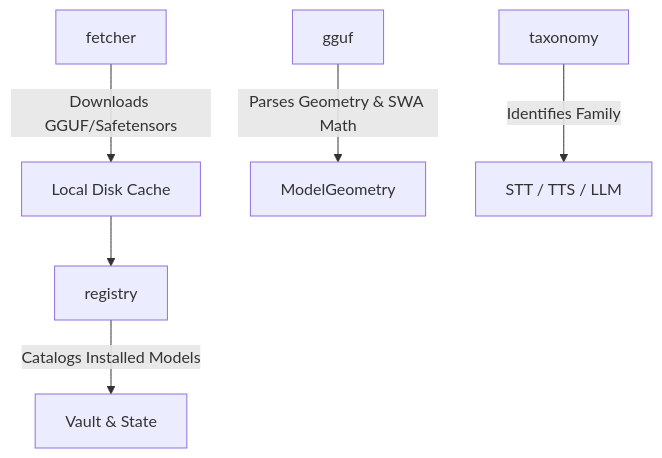
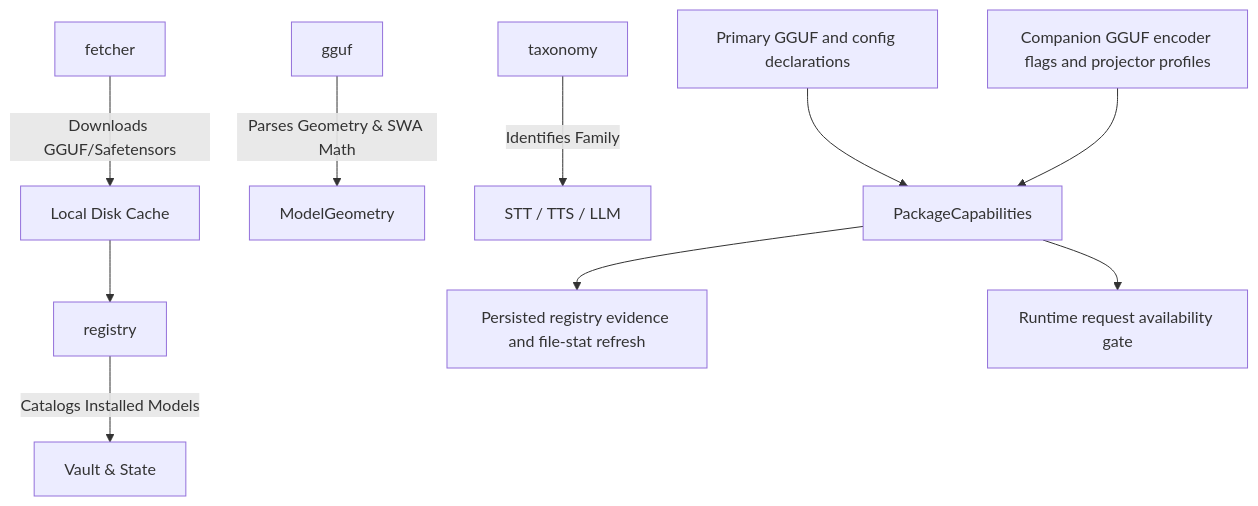
Before and after one commit to cluaiz/cluaiz: the first of 2 diagrams in engine/models/README.md, drawn with Mermaid. The commit also changed other lines of this file and 22 other files, not shown here.

Commit message:
feat(engine/models): wire multimodal model capabilities, registry manifests, and asset bundler

````diff
--- a/engine/models/README.md
+++ b/engine/models/README.md
@@ -7,8 +7,12 @@
 ```mermaid
 graph TD
     A[fetcher] -->|Downloads GGUF/Safetensors| B[Local Disk Cache]
     B --> C[registry]
     C -->|Catalogs Installed Models| D[Vault & State]
     E[gguf] -->|Parses Geometry & SWA Math| F[ModelGeometry]
     G[taxonomy] -->|Identifies Family| H[STT / TTS / LLM]
+    I["Primary GGUF and config declarations"] --> J["PackageCapabilities"]
+    K["Companion GGUF encoder flags and projector profiles"] --> J
+    J --> L["Persisted registry evidence and file-stat refresh"]
+    J --> M["Runtime request availability gate"]
 ```
````
